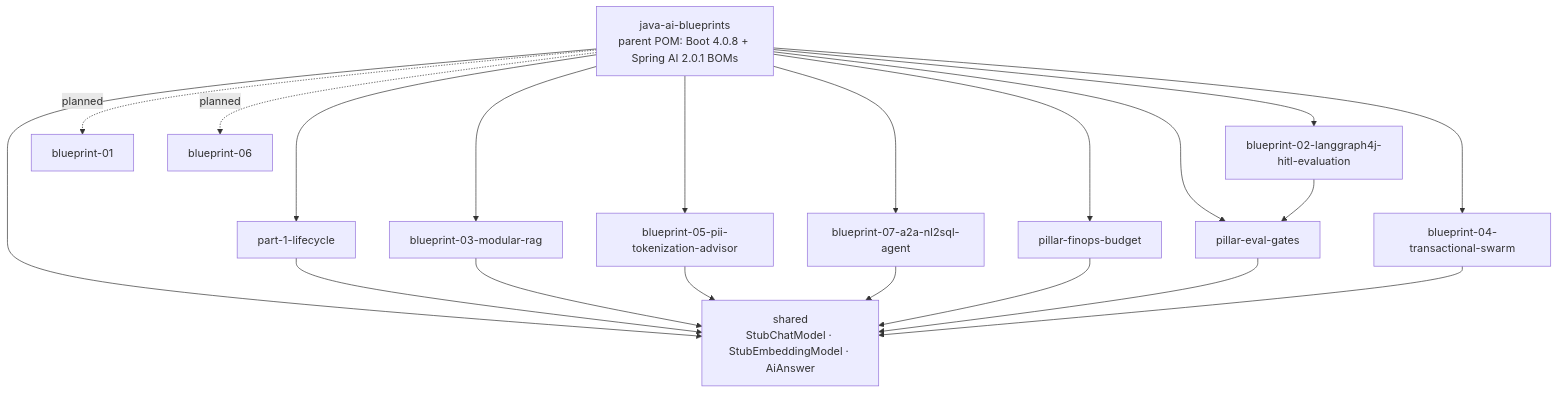
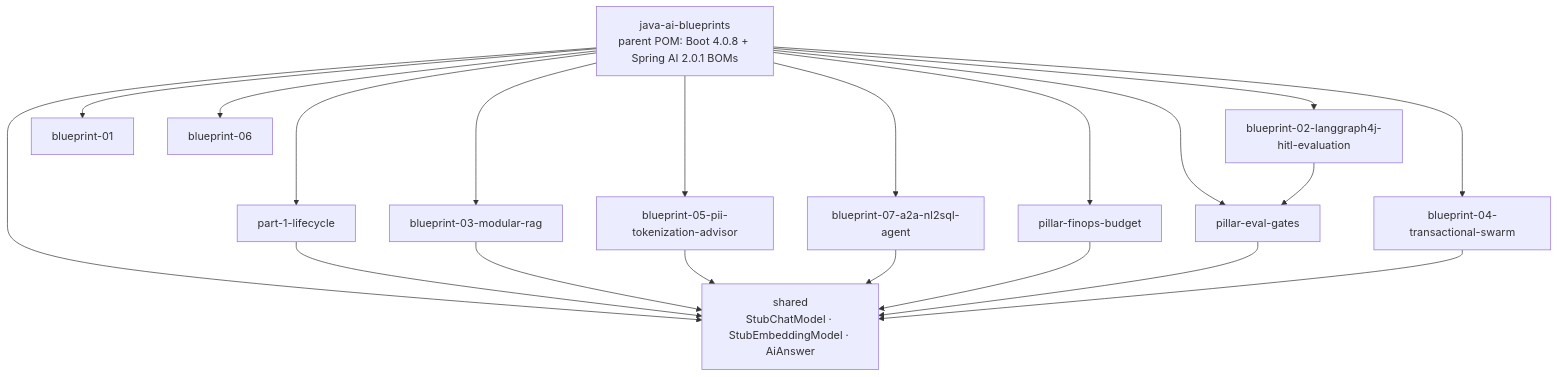
Before and after one commit to aaron-samuvel/java-ai-blueprints: the first of 3 diagrams in docs/architecture.md, drawn with Mermaid. The commit also changed 6 other files, not shown here.

````diff
--- a/docs/architecture.md
+++ b/docs/architecture.md
@@ -6,22 +6,22 @@
 ```mermaid
 flowchart TB
   root[java-ai-blueprints<br/>parent POM: Boot 4.0.8 + Spring AI 2.0.1 BOMs]
   root --> shared[shared<br/>StubChatModel · StubEmbeddingModel · AiAnswer]
   root --> p1[part-1-lifecycle]
   root --> b3[blueprint-03-modular-rag]
   root --> b5[blueprint-05-pii-tokenization-advisor]
   root --> b7[blueprint-07-a2a-nl2sql-agent]
   root --> b2[blueprint-02-langgraph4j-hitl-evaluation]
   root --> b4[blueprint-04-transactional-swarm]
   root --> ev[pillar-eval-gates]
   root --> fin[pillar-finops-budget]
   p1 --> shared
   b3 --> shared
   b5 --> shared
   b7 --> shared
   fin --> shared
   ev --> shared
   b2 --> ev
   b4 --> shared
-  root -.planned.-> b1[blueprint-01] & b6[blueprint-06]
+  root --> b1[blueprint-01] & b6[blueprint-06]
 ```
````
